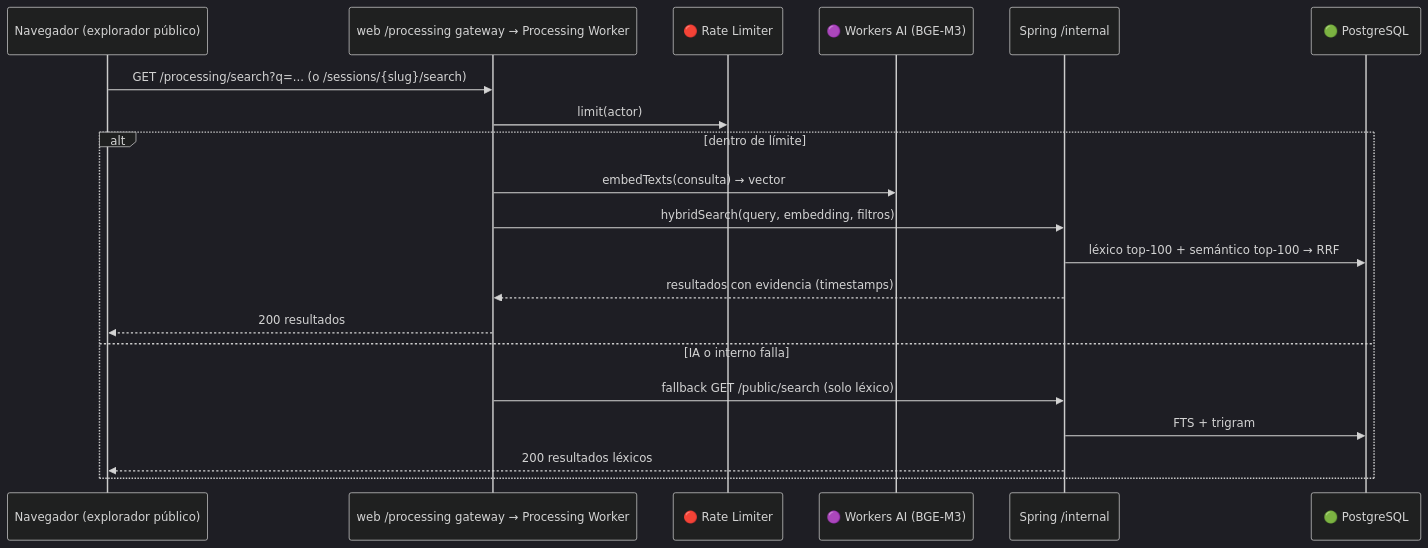
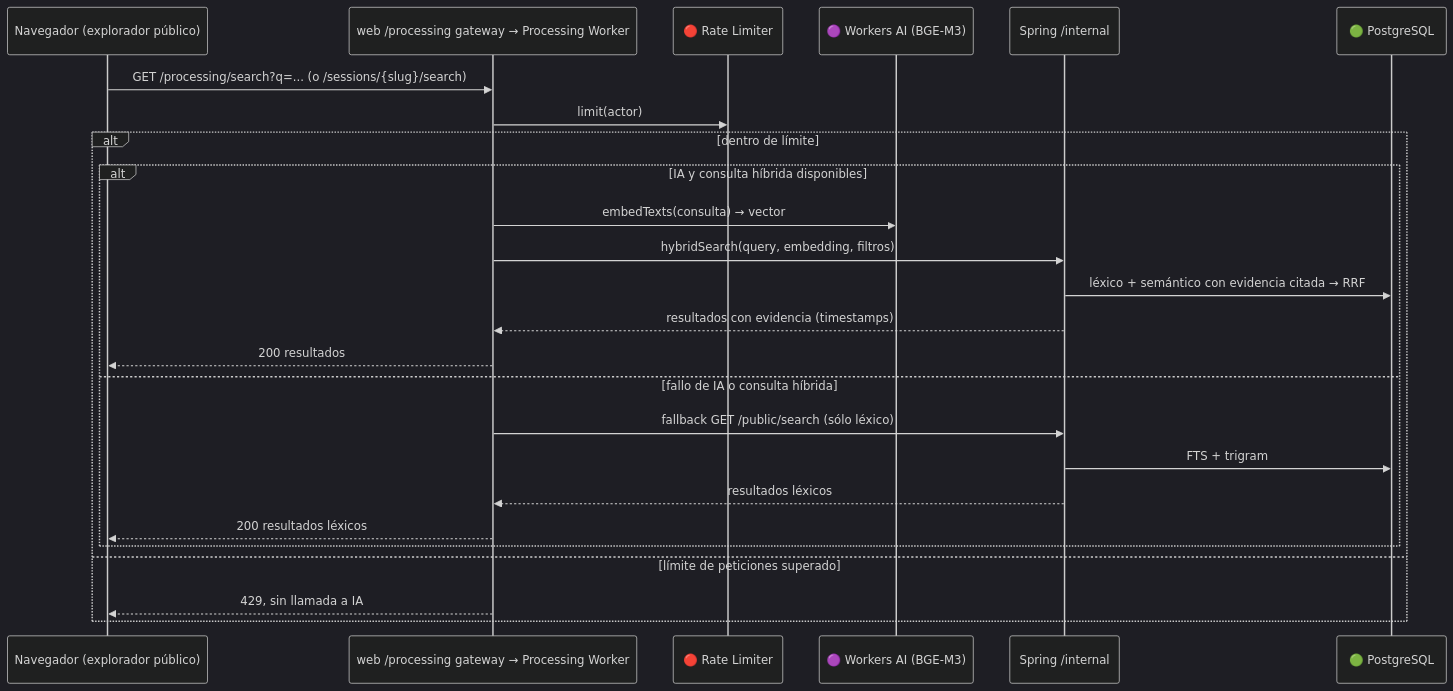
One commit to s-counago/subtitula-gal-api changed the eighth of 9 diagrams in docs/product/architecture-flows.md. Above: the diagram before and after it, drawn with Mermaid (dark theme). The commit also changed other lines of this file and 17 other files, not shown here.

````diff
--- a/docs/product/architecture-flows.md
+++ b/docs/product/architecture-flows.md
@@ -298,23 +360,28 @@
 ```mermaid
 sequenceDiagram
     participant B as Navegador (explorador público)
     participant P as web /processing gateway → Processing Worker
     participant RL as 🔴 Rate Limiter
     participant AI as 🟣 Workers AI (BGE-M3)
     participant S as Spring /internal
     participant PG as 🟢 PostgreSQL
 
     B->>P: GET /processing/search?q=... (o /sessions/{slug}/search)
     P->>RL: limit(actor)
     alt dentro de límite
-        P->>AI: embedTexts(consulta) → vector
-        P->>S: hybridSearch(query, embedding, filtros)
-        S->>PG: léxico top-100 + semántico top-100 → RRF
-        S-->>P: resultados con evidencia (timestamps)
-        P-->>B: 200 resultados
-    else IA o interno falla
-        P->>S: fallback GET /public/search (solo léxico)
-        S->>PG: FTS + trigram
-        S-->>B: 200 resultados léxicos
+        alt IA y consulta híbrida disponibles
+            P->>AI: embedTexts(consulta) → vector
+            P->>S: hybridSearch(query, embedding, filtros)
+            S->>PG: léxico + semántico con evidencia citada → RRF
+            S-->>P: resultados con evidencia (timestamps)
+            P-->>B: 200 resultados
+        else fallo de IA o consulta híbrida
+            P->>S: fallback GET /public/search (sólo léxico)
+            S->>PG: FTS + trigram
+            S-->>P: resultados léxicos
+            P-->>B: 200 resultados léxicos
+        end
+    else límite de peticiones superado
+        P-->>B: 429, sin llamada a IA
     end
 ```
````
